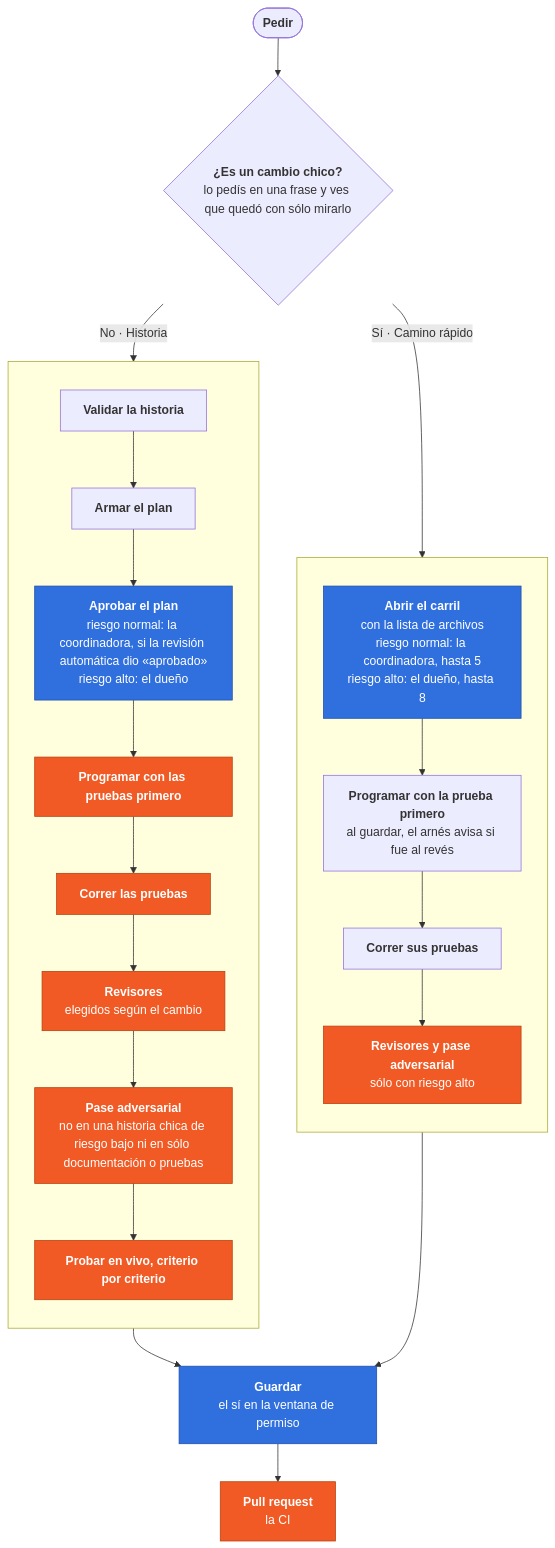
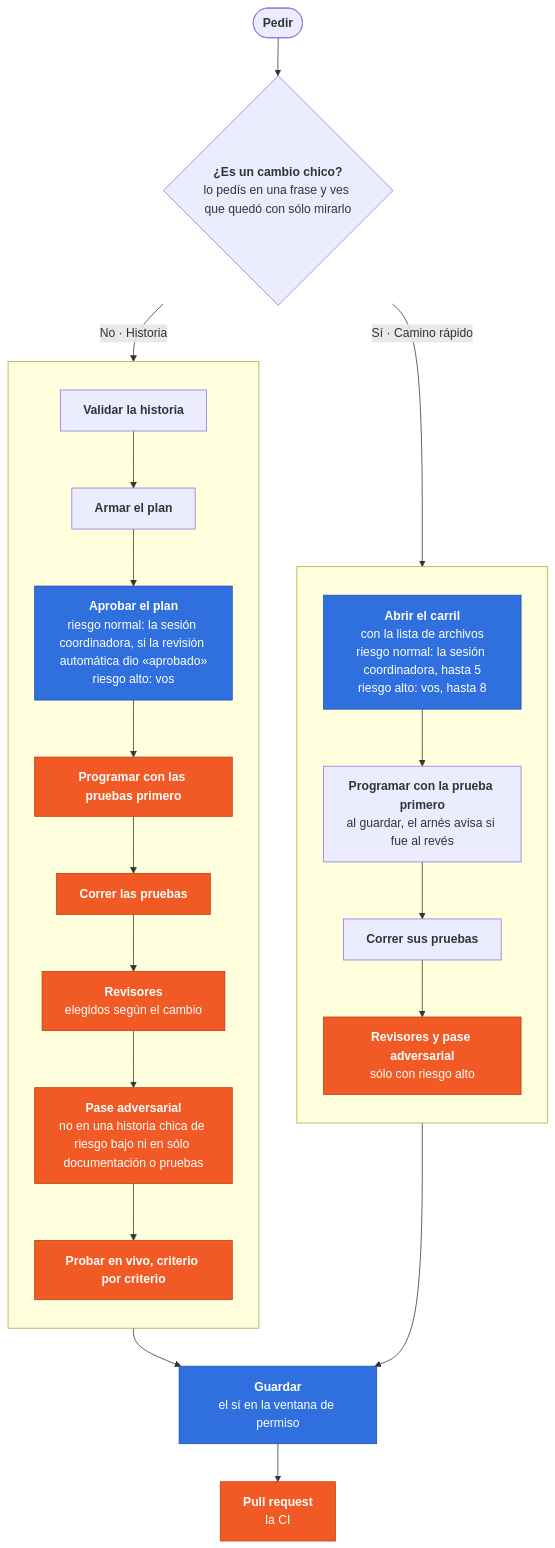
Before and after one commit to TYCON-SA/tycon-harness: the diagram in README.es.md, drawn with Mermaid. The commit also changed other lines of this file and 2 other files, not shown here.

First line of the commit message:
docs(portada): lo delicado lo aprobás vos; la coordinadora es la sesión coordinadora

````diff
--- a/README.es.md
+++ b/README.es.md
@@ -64,29 +64,29 @@
 ```mermaid
 flowchart TB
   pedir(["<b>Pedir</b>"]) --> chico{"<b>¿Es un cambio chico?</b><br/>lo pedís en una frase y ves que quedó con sólo mirarlo"}
   chico -- "Sí · Camino rápido" --> r1
   chico -- "No · Historia" --> h1
   subgraph rapido [" "]
     direction TB
-    r1["<b>Abrir el carril</b><br/>con la lista de archivos<br/>riesgo normal: la coordinadora, hasta 5<br/>riesgo alto: el dueño, hasta 8"] --> r2["<b>Programar con la prueba primero</b><br/>al guardar, el arnés avisa si fue al revés"]
+    r1["<b>Abrir el carril</b><br/>con la lista de archivos<br/>riesgo normal: la sesión coordinadora, hasta 5<br/>riesgo alto: vos, hasta 8"] --> r2["<b>Programar con la prueba primero</b><br/>al guardar, el arnés avisa si fue al revés"]
     r2 --> r3["<b>Correr sus pruebas</b>"]
     r3 --> r4["<b>Revisores y pase adversarial</b><br/>sólo con riesgo alto"]
   end
   subgraph historia [" "]
     direction TB
     h1["<b>Validar la historia</b>"] --> h2["<b>Armar el plan</b>"]
-    h2 --> h3["<b>Aprobar el plan</b><br/>riesgo normal: la coordinadora, si la revisión automática dio «aprobado»<br/>riesgo alto: el dueño"]
+    h2 --> h3["<b>Aprobar el plan</b><br/>riesgo normal: la sesión coordinadora, si la revisión automática dio «aprobado»<br/>riesgo alto: vos"]
     h3 --> h4["<b>Programar con las pruebas primero</b>"]
     h4 --> h5["<b>Correr las pruebas</b>"]
     h5 --> h6["<b>Revisores</b><br/>elegidos según el cambio"]
     h6 --> h7["<b>Pase adversarial</b><br/>no en una historia chica de riesgo bajo ni en sólo documentación o pruebas"]
     h7 --> h8["<b>Probar en vivo, criterio por criterio</b>"]
   end
   r4 --> g1["<b>Guardar</b><br/>el sí en la ventana de permiso"]
   h8 --> g1
   g1 --> g2["<b>Pull request</b><br/>la CI"]
   classDef decide fill:#2f6fde,stroke:#1f4fa8,color:#ffffff
   classDef control fill:#F15A24,stroke:#b8410f,color:#ffffff
   class r1,h3,g1 decide
   class r4,h4,h5,h6,h7,h8,g2 control
 ```
````
